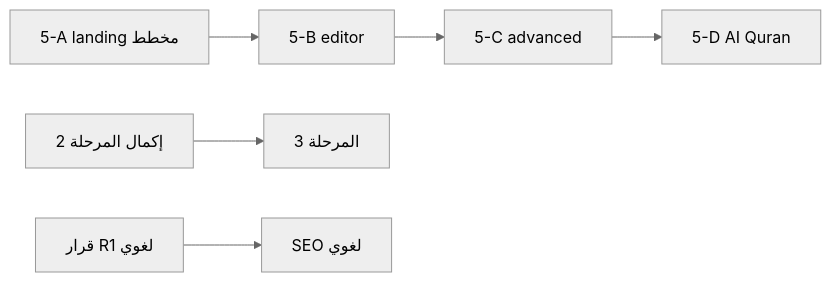
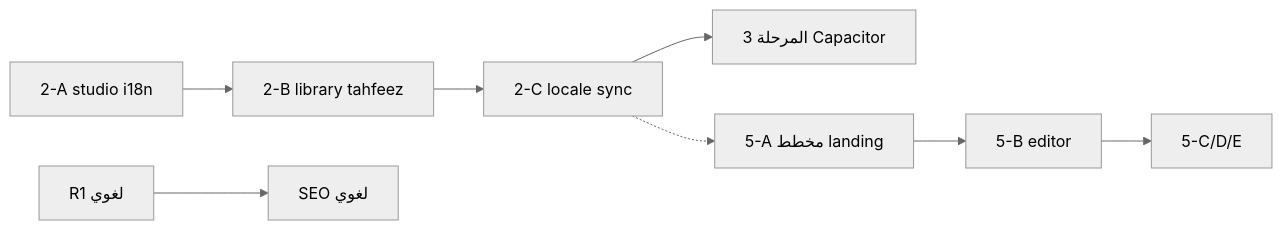
The diagram in docs/plans/project-audit-and-roadmap.md (Arabya-ai/arabya-web), drawn with Mermaid (neutral theme) before and after one commit. The commit also changed other lines of this file and 2 other files, not shown here.

````diff
--- a/docs/plans/project-audit-and-roadmap.md
+++ b/docs/plans/project-audit-and-roadmap.md
@@ -152,8 +169,10 @@
 ```mermaid
 flowchart LR
-  now[5-A landing مخطط] --> b[5-B editor]
-  b --> c[5-C advanced]
-  c --> d[5-D AI Quran]
-  i18n[إكمال المرحلة 2] --> mobile[المرحلة 3]
-  lughawi[قرار R1 لغوي] --> seo[SEO لغوي]
+  i18nA[2-A studio i18n] --> i18nB[2-B library tahfeez]
+  i18nB --> i18nC[2-C locale sync]
+  i18nC --> mobile[المرحلة 3 Capacitor]
+  defer5A[5-A مخطط landing] --> b[5-B editor]
+  b --> c[5-C/D/E]
+  lughawi[R1 لغوي] --> seo[SEO لغوي]
+  i18nC -.-> defer5A
 ```
````
